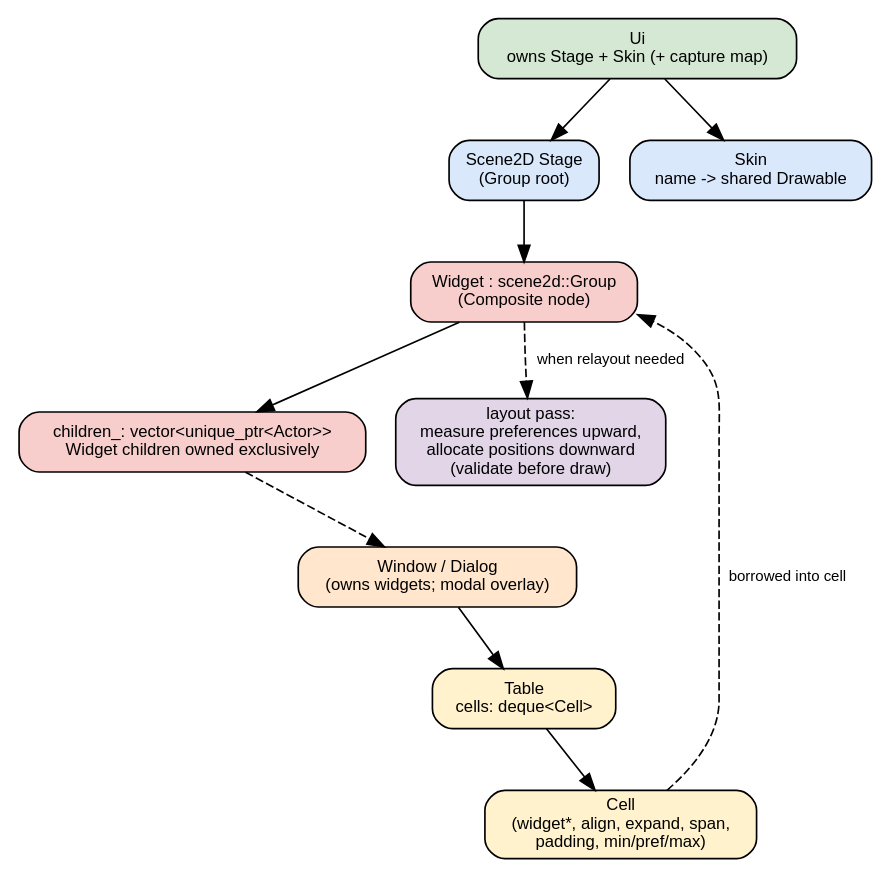
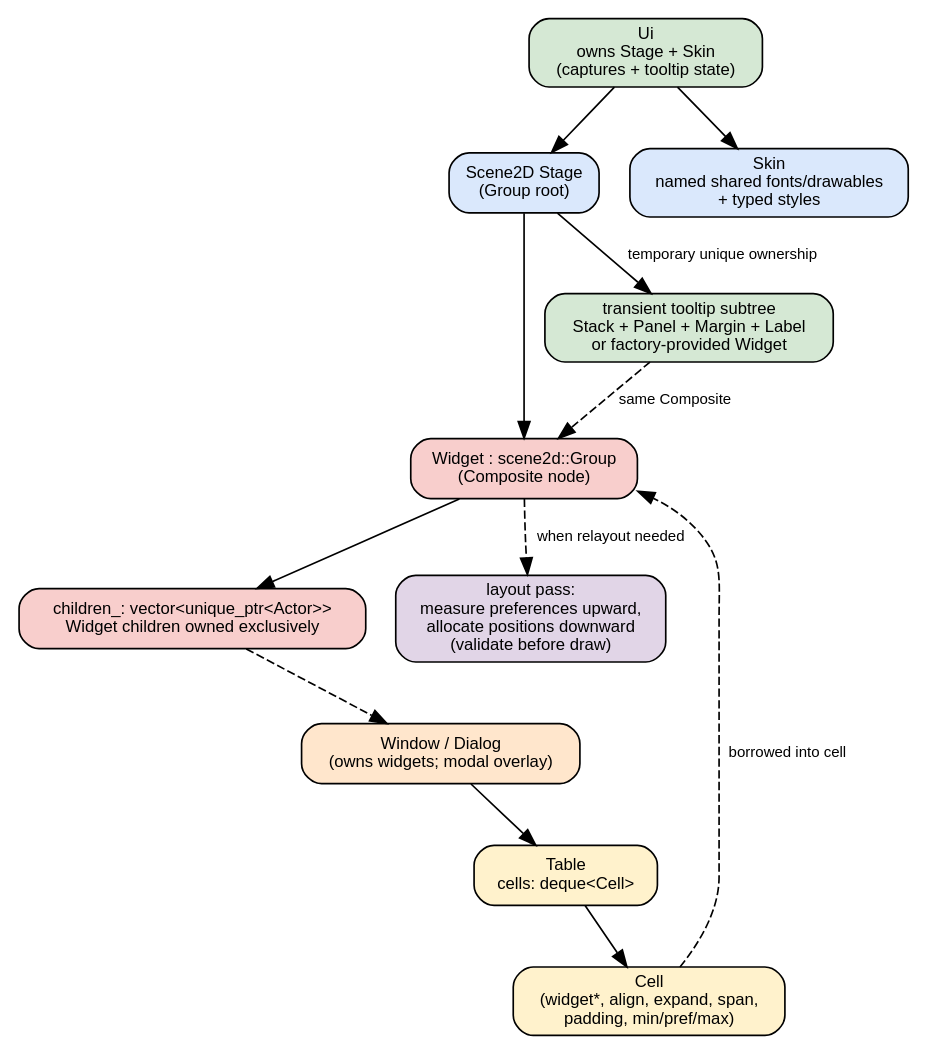
One commit to squared-netizen/squared changed the diagram in docs/developer/squared-gui/GUI-widget-ownership.dot. Above: the diagram before and after it, drawn with Graphviz. The commit also changed 46 other files, not shown here.

```diff
--- a/docs/developer/squared-gui/GUI-widget-ownership.dot
+++ b/docs/developer/squared-gui/GUI-widget-ownership.dot
@@ -1,27 +1,30 @@
 // Widget ownership and layout.
 // Composite widget tree under Ui; measure/layout pipeline; Table cells.
 digraph gui_widget_ownership {
   rankdir="TB";
   node [shape=box, style="rounded,filled", fontname="Helvetica", fontsize=10];
   edge [fontname="Helvetica", fontsize=9];
 
-  ui [label="Ui\nowns Stage + Skin (+ capture map)", fillcolor="#d5e8d4"];
+  ui [label="Ui\nowns Stage + Skin\n(captures + tooltip state)", fillcolor="#d5e8d4"];
   stage [label="Scene2D Stage\n(Group root)", fillcolor="#dae8fc"];
-  skin [label="Skin\nname -> shared Drawable", fillcolor="#dae8fc"];
+  skin [label="Skin\nnamed shared fonts/drawables\n+ typed styles", fillcolor="#dae8fc"];
   widget [label="Widget : scene2d::Group\n(Composite node)", fillcolor="#f8cecc"];
   children [label="children_: vector<unique_ptr<Actor>>\nWidget children owned exclusively", fillcolor="#f8cecc"];
   window [label="Window / Dialog\n(owns widgets; modal overlay)", fillcolor="#ffe6cc"];
   table [label="Table\ncells: deque<Cell>", fillcolor="#fff2cc"];
   cell [label="Cell\n(widget*, align, expand, span,\npadding, min/pref/max)", fillcolor="#fff2cc"];
   layout [label="layout pass:\nmeasure preferences upward,\nallocate positions downward\n(validate before draw)", fillcolor="#e1d5e7"];
+  tooltip [label="transient tooltip subtree\nStack + Panel + Margin + Label\nor factory-provided Widget", fillcolor="#d5e8d4"];
 
   ui -> stage;
   ui -> skin;
   stage -> widget;
+  stage -> tooltip [label="temporary unique ownership"];
+  tooltip -> widget [style=dashed, label="same Composite"];
   widget -> children;
   children -> window [style=dashed];
   window -> table;
   table -> cell;
   cell -> widget [style=dashed, label="borrowed into cell"];
   widget -> layout [style=dashed, label="when relayout needed"];
 }
```
